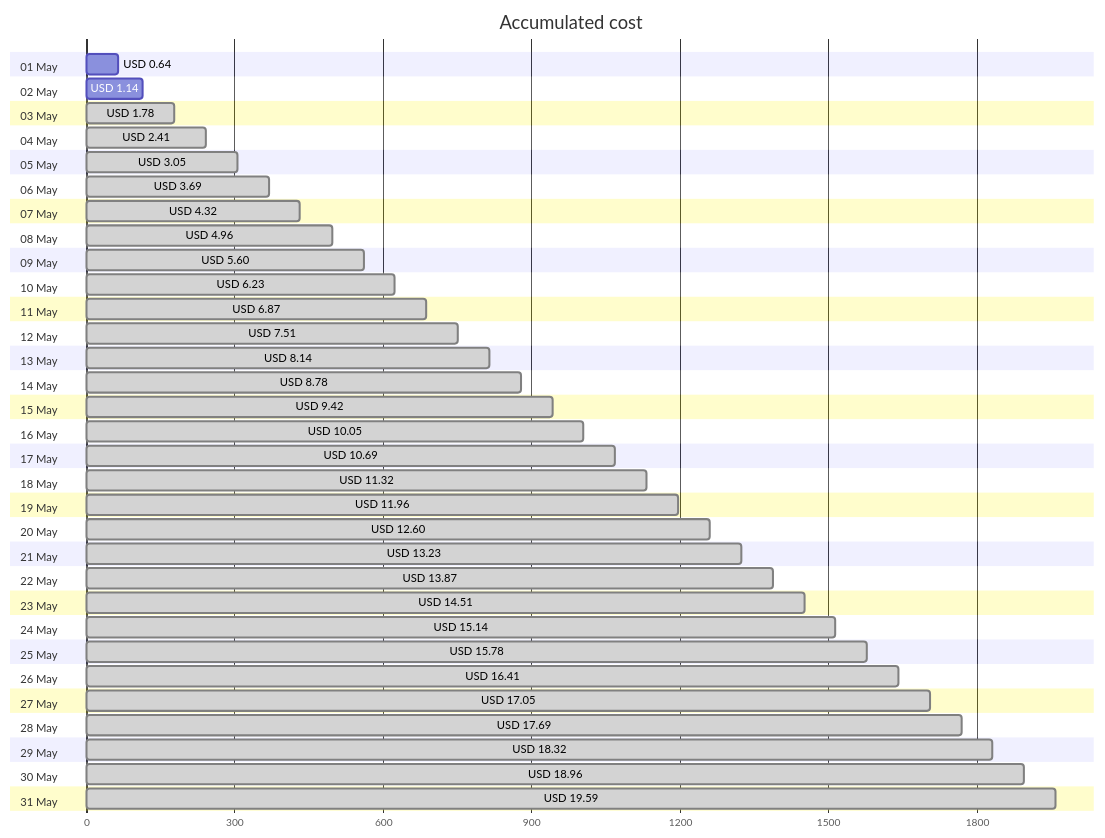
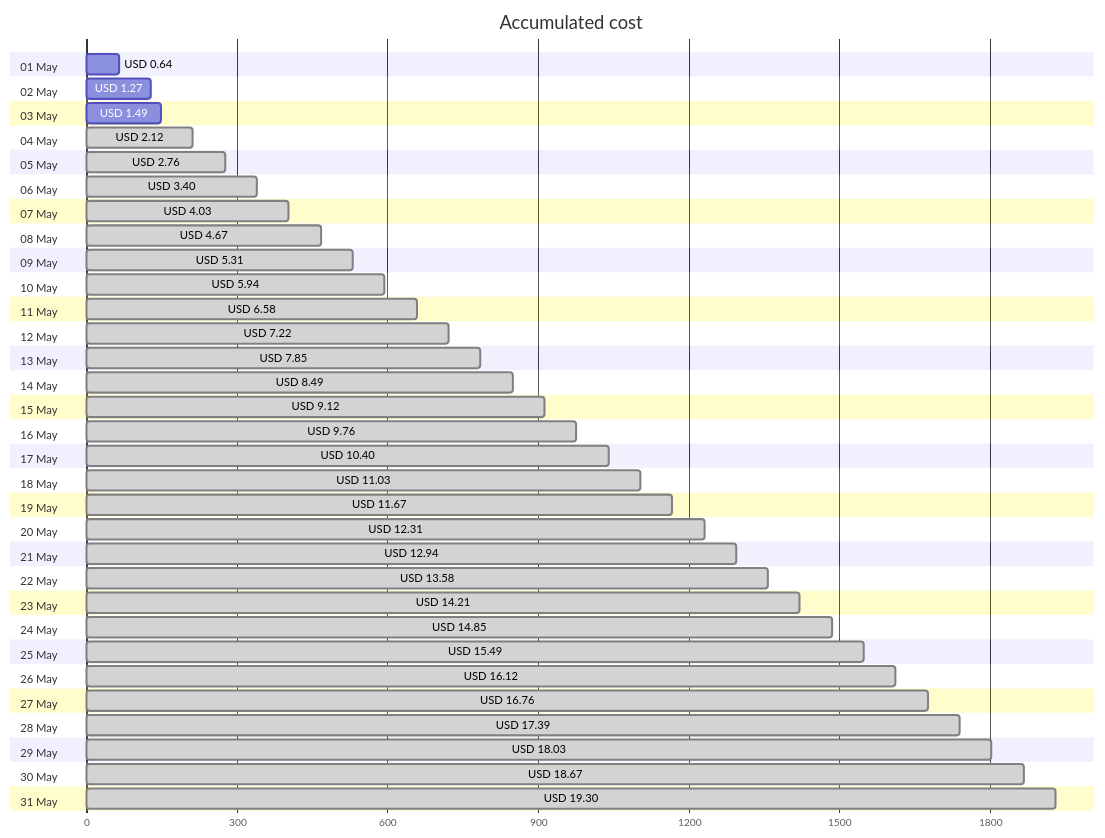
The first of 4 diagrams in cost-reports/accumulated-cost.md (jpfulton/azure-personal-reports), drawn with Mermaid before and after one commit. The commit also changed other lines of this file and 4 other files, not shown here.

````diff
--- a/cost-reports/accumulated-cost.md
+++ b/cost-reports/accumulated-cost.md
@@ -20,68 +20,68 @@
 ```mermaid
 gantt
    title Accumulated cost
    dateFormat  X
    axisFormat %s
    section 01 May
    USD 0.64 :0, 64
    section 02 May
-   USD 1.14 :0, 114
+   USD 1.27 :0, 127
    section 03 May
-   USD 1.78 : done, 0, 178
+   USD 1.49 :0, 149
    section 04 May
-   USD 2.41 : done, 0, 241
+   USD 2.12 : done, 0, 212
    section 05 May
-   USD 3.05 : done, 0, 305
+   USD 2.76 : done, 0, 276
    section 06 May
-   USD 3.69 : done, 0, 369
+   USD 3.40 : done, 0, 340
    section 07 May
-   USD 4.32 : done, 0, 432
+   USD 4.03 : done, 0, 403
    section 08 May
-   USD 4.96 : done, 0, 496
+   USD 4.67 : done, 0, 467
    section 09 May
-   USD 5.60 : done, 0, 560
+   USD 5.31 : done, 0, 531
    section 10 May
-   USD 6.23 : done, 0, 623
+   USD 5.94 : done, 0, 594
    section 11 May
-   USD 6.87 : done, 0, 687
+   USD 6.58 : done, 0, 658
    section 12 May
-   USD 7.51 : done, 0, 751
+   USD 7.22 : done, 0, 722
    section 13 May
-   USD 8.14 : done, 0, 814
+   USD 7.85 : done, 0, 785
    section 14 May
-   USD 8.78 : done, 0, 878
+   USD 8.49 : done, 0, 849
    section 15 May
-   USD 9.42 : done, 0, 942
+   USD 9.12 : done, 0, 912
    section 16 May
-   USD 10.05 : done, 0, 1005
+   USD 9.76 : done, 0, 976
    section 17 May
-   USD 10.69 : done, 0, 1069
+   USD 10.40 : done, 0, 1040
    section 18 May
-   USD 11.32 : done, 0, 1132
+   USD 11.03 : done, 0, 1103
    section 19 May
-   USD 11.96 : done, 0, 1196
+   USD 11.67 : done, 0, 1167
    section 20 May
-   USD 12.60 : done, 0, 1260
+   USD 12.31 : done, 0, 1231
    section 21 May
-   USD 13.23 : done, 0, 1323
+   USD 12.94 : done, 0, 1294
    section 22 May
-   USD 13.87 : done, 0, 1387
+   USD 13.58 : done, 0, 1358
    section 23 May
-   USD 14.51 : done, 0, 1451
+   USD 14.21 : done, 0, 1421
    section 24 May
-   USD 15.14 : done, 0, 1514
+   USD 14.85 : done, 0, 1485
    section 25 May
-   USD 15.78 : done, 0, 1578
+   USD 15.49 : done, 0, 1549
    section 26 May
-   USD 16.41 : done, 0, 1641
+   USD 16.12 : done, 0, 1612
    section 27 May
-   USD 17.05 : done, 0, 1705
+   USD 16.76 : done, 0, 1676
    section 28 May
-   USD 17.69 : done, 0, 1769
+   USD 17.39 : done, 0, 1739
    section 29 May
-   USD 18.32 : done, 0, 1832
+   USD 18.03 : done, 0, 1803
    section 30 May
-   USD 18.96 : done, 0, 1896
+   USD 18.67 : done, 0, 1867
    section 31 May
-   USD 19.59 : done, 0, 1959
+   USD 19.30 : done, 0, 1930
 ```
````
